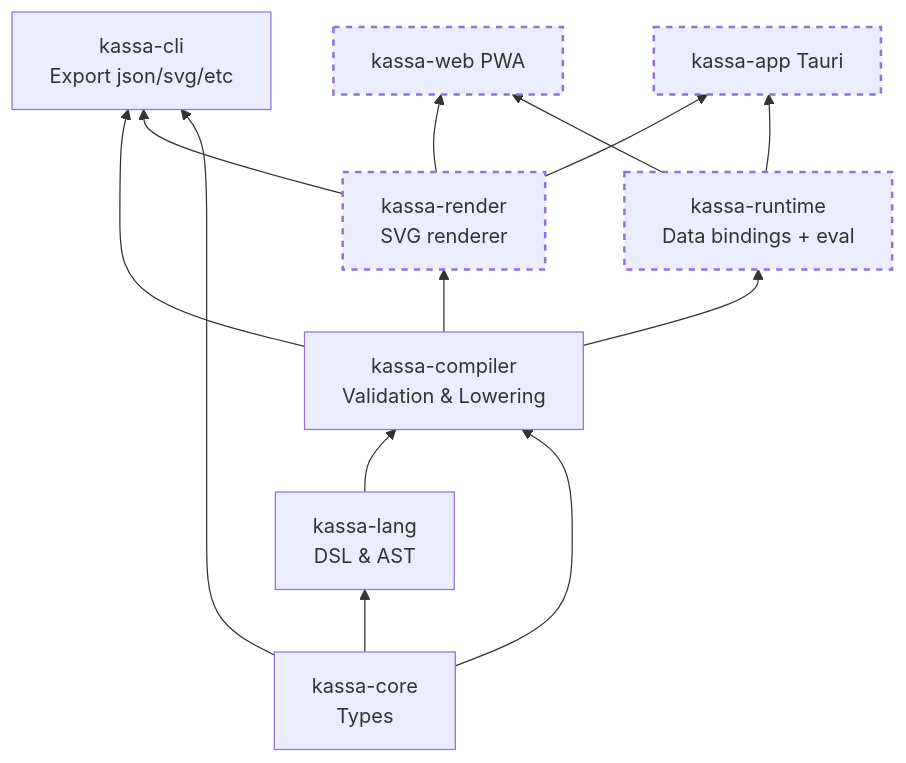
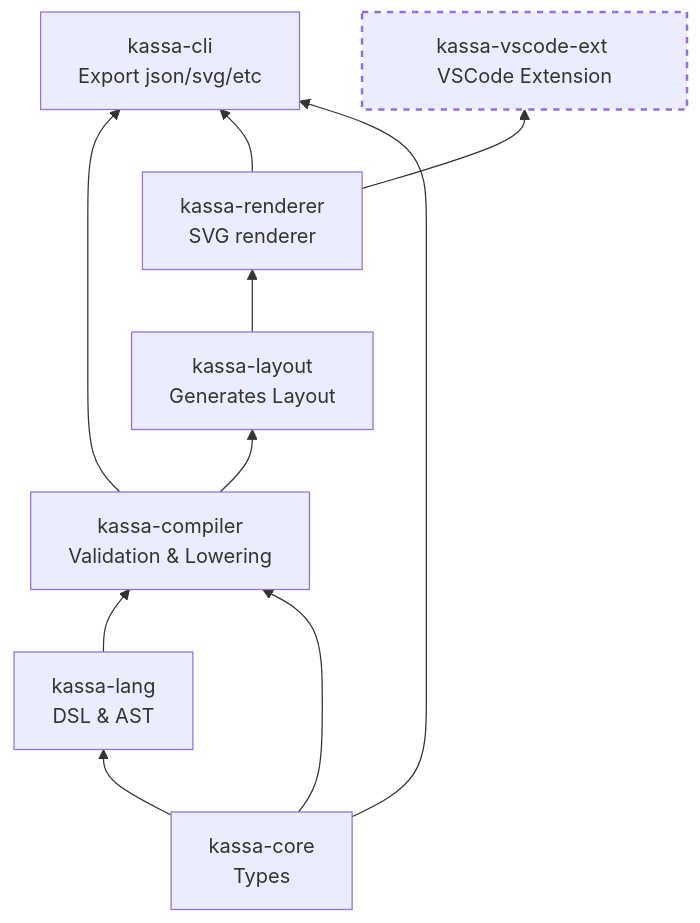
One commit to Kheirlb/kassa changed the second of 2 diagrams in README.md. Above: the diagram before and after it, drawn with Mermaid. The commit also changed other lines of this file and 66 other files, not shown here.

````diff
--- a/README.md
+++ b/README.md
@@ -9,36 +32,27 @@
 ```mermaid
 flowchart BT
     core[kassa-core<br/>Types]
     lang[kassa-lang<br/>DSL & AST]
     compiler[kassa-compiler<br/>Validation & Lowering]
-    runtime[kassa-runtime<br/>Data bindings + eval]
-    render[kassa-render<br/>SVG renderer]
+    layout[kassa-layout<br/>Generates Layout]
+    render[kassa-renderer<br/>SVG renderer]
     cli[kassa-cli<br/>Export json/svg/etc]
-    web[kassa-web PWA]
-    app[kassa-app Tauri]
+    vscode[kassa-vscode-ext VSCode Extension]
 
     core --> lang
     lang --> compiler
     core --> compiler
 
-    compiler --> render
-    compiler --> runtime
+    compiler --> layout
+    layout --> render
     compiler --> cli
 
     render --> cli
     core --> cli
 
-    render --> web
-    runtime --> web
-
-    render --> app
-    runtime --> app
-
+    render --> vscode
 
     classDef todo stroke-width:2px,stroke-dasharray:5 5;
 
-    class runtime todo
-    class render todo
-    class web todo
-    class app todo
+    class vscode todo
 ```
````
